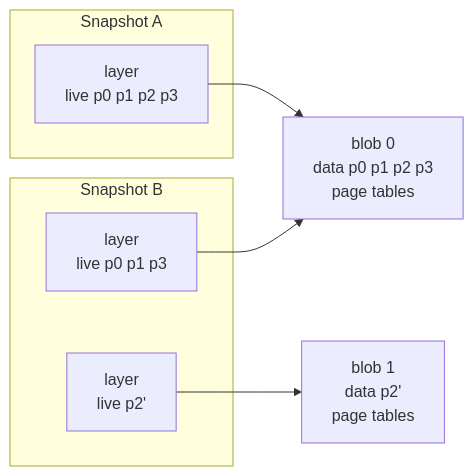
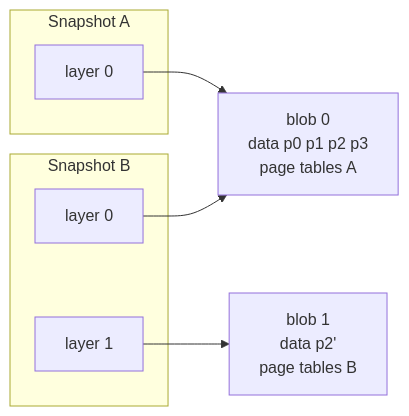
Before and after one commit to hyperlight-dev/hyperlight: the diagram in proposals/0003-incremental-snapshots/README.md, drawn with Mermaid. The commit also changed other lines of this file and 33 other files, not shown here.

````diff
--- a/proposals/0003-incremental-snapshots/README.md
+++ b/proposals/0003-incremental-snapshots/README.md
@@ -47,15 +46,15 @@
 ```mermaid
 flowchart LR
   subgraph A["Snapshot A"]
-    LA["layer<br>live p0 p1 p2 p3"]
+    LA["layer 0"]
   end
   subgraph B["Snapshot B"]
-    LB0["layer<br>live p0 p1 p3"]
-    LB1["layer<br>live p2'"]
+    LB0["layer 0"]
+    LB1["layer 1"]
   end
-  BLOB0["blob 0<br>data p0 p1 p2 p3<br>page tables"]
-  BLOB1["blob 1<br>data p2'<br>page tables"]
+  BLOB0["blob 0<br>data p0 p1 p2 p3<br>page tables A"]
+  BLOB1["blob 1<br>data p2'<br>page tables B"]
   LA --> BLOB0
   LB0 --> BLOB0
   LB1 --> BLOB1
 ```
````
